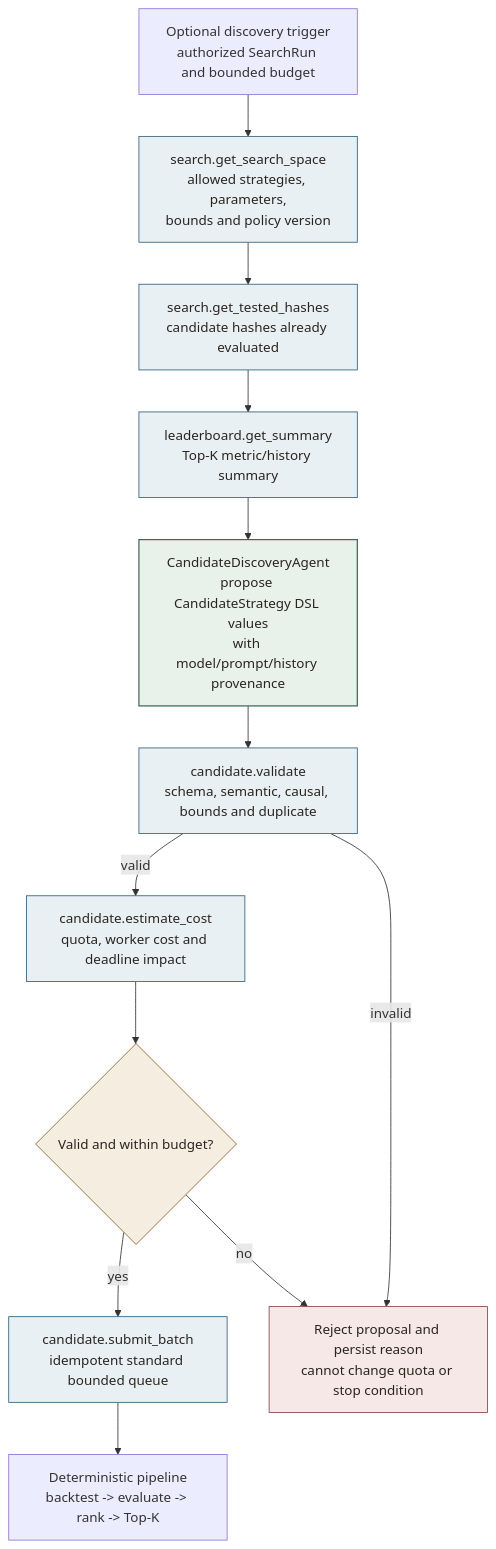
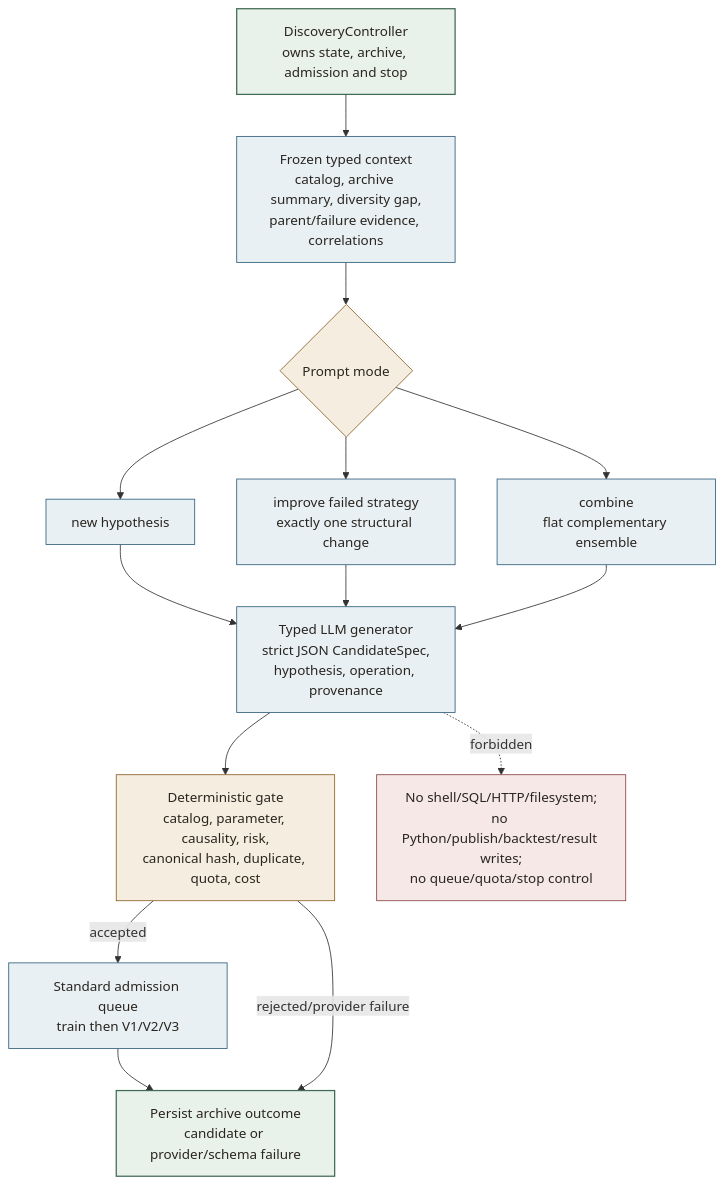
Before and after one commit to EnsoTech-Studio/CryptoBot: the diagram in blueprint/assets/diagrams/31-candidate-discovery-agent.mmd, drawn with Mermaid. The commit also changed 69 other files, not shown here.

Commit message:
feat: discovery loop, search algorithms, UI integrate

```diff
--- a/blueprint/assets/diagrams/31-candidate-discovery-agent.mmd
+++ b/blueprint/assets/diagrams/31-candidate-discovery-agent.mmd
@@ -1,27 +1,30 @@
 flowchart TB
-    Trigger["Optional discovery trigger<br/>authorized SearchRun and bounded budget"]
-    Space["search.get_search_space<br/>allowed strategies, parameters,<br/>bounds and policy version"]
-    Tested["search.get_tested_hashes<br/>candidate hashes already evaluated"]
-    Board["leaderboard.get_summary<br/>Top-K metric/history summary"]
-    Agent["CandidateDiscoveryAgent<br/>propose CandidateStrategy DSL values<br/>with model/prompt/history provenance"]
-    Validate["candidate.validate<br/>schema, semantic, causal, bounds and duplicate"]
-    Cost["candidate.estimate_cost<br/>quota, worker cost and deadline impact"]
-    Admit{"Valid and within budget?"}
-    Submit["candidate.submit_batch<br/>idempotent standard bounded queue"]
-    Queue["Deterministic pipeline<br/>backtest -> evaluate -> rank -> Top-K"]
-    Reject["Reject proposal and persist reason<br/>cannot change quota or stop condition"]
+    Controller["DiscoveryController<br/>owns state, archive, admission and stop"]
+    Context["Frozen typed context<br/>catalog, archive summary, diversity gap,<br/>parent/failure evidence, correlations"]
+    Mode{"Prompt mode"}
+    New["new hypothesis"]
+    Improve["improve failed strategy<br/>exactly one structural change"]
+    Combine["combine<br/>flat complementary ensemble"]
+    LLM["Typed LLM generator<br/>strict JSON CandidateSpec,<br/>hypothesis, operation, provenance"]
+    Gate["Deterministic gate<br/>catalog, parameter, causality, risk,<br/>canonical hash, duplicate, quota, cost"]
+    Archive["Persist archive outcome<br/>candidate or provider/schema failure"]
+    Queue["Standard admission queue<br/>train then V1/V2/V3"]
+    Deny["No shell/SQL/HTTP/filesystem;<br/>no Python/publish/backtest/result writes;<br/>no queue/quota/stop control"]
 
-    Trigger --> Space --> Tested --> Board --> Agent --> Validate
-    Validate -->|valid| Cost --> Admit
-    Validate -->|invalid| Reject
-    Admit -->|yes| Submit --> Queue
-    Admit -->|no| Reject
+    Controller --> Context --> Mode
+    Mode --> New --> LLM
+    Mode --> Improve --> LLM
+    Mode --> Combine --> LLM
+    LLM --> Gate
+    Gate -->|accepted| Queue --> Archive
+    Gate -->|rejected/provider failure| Archive
+    LLM -. forbidden .-> Deny
 
-    classDef agent fill:#e9f1eb,stroke:#426b55,color:#2a251f,stroke-width:1.5px;
-    classDef tool fill:#e8f0f4,stroke:#315f7d,color:#2a251f;
+    classDef controller fill:#e9f1eb,stroke:#426b55,color:#2a251f,stroke-width:1.5px;
+    classDef typed fill:#e8f0f4,stroke:#315f7d,color:#2a251f;
     classDef gate fill:#f5eddf,stroke:#8a6127,color:#2a251f;
-    classDef stop fill:#f5e8e6,stroke:#8a4545,color:#2a251f;
-    class Agent agent;
-    class Space,Tested,Board,Validate,Cost,Submit tool;
-    class Admit gate;
-    class Reject stop;
+    classDef deny fill:#f5e8e6,stroke:#8a4545,color:#2a251f;
+    class Controller,Archive controller;
+    class Context,New,Improve,Combine,LLM,Queue typed;
+    class Mode,Gate gate;
+    class Deny deny;
```
